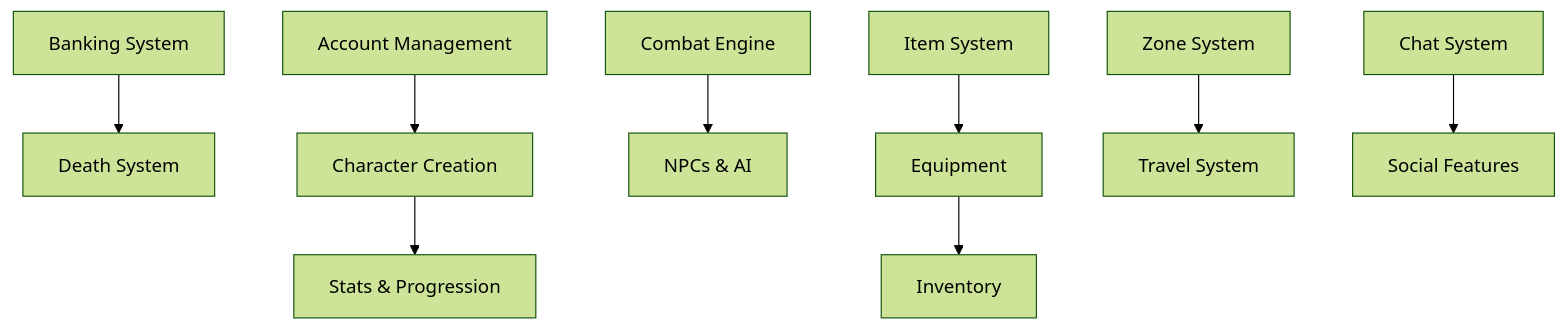
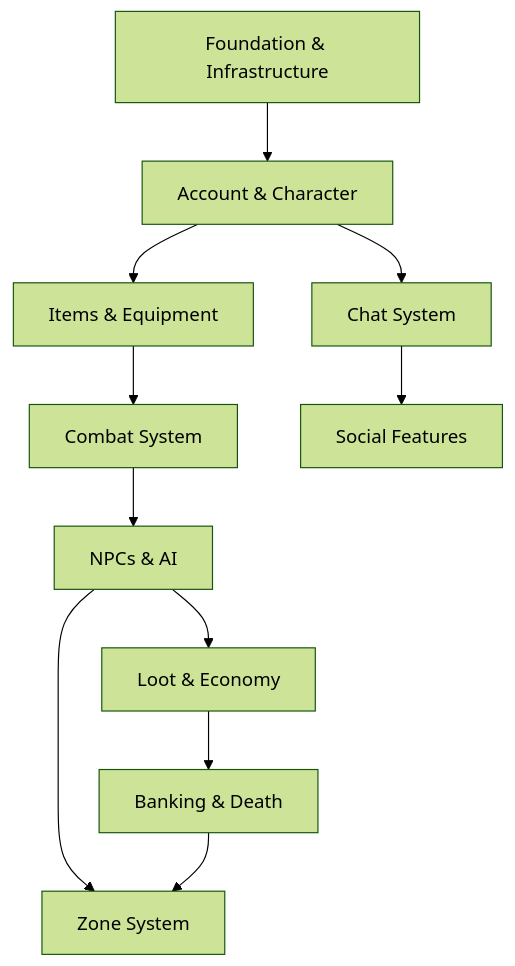
Before and after one commit to Aeturnia/Aeturnis-Project: the second of 2 diagrams in ROADMAP_VISUAL.md, drawn with Mermaid (forest theme). The commit also changed other lines of this file and 1 other file, not shown here.

First line of the commit message:
docs: Align roadmaps with Implementation Plan v5.0 dependency order

````diff
--- a/ROADMAP_VISUAL.md
+++ b/ROADMAP_VISUAL.md
@@ -165,11 +166,13 @@
 ```mermaid
 graph TD
-    A[Banking System] --> B[Death System]
-    C[Account Management] --> D[Character Creation]
-    D --> E[Stats & Progression]
-    F[Combat Engine] --> G[NPCs & AI]
-    H[Item System] --> I[Equipment]
-    I --> J[Inventory]
-    K[Zone System] --> L[Travel System]
-    M[Chat System] --> N[Social Features]
+    A[Foundation & Infrastructure] --> B[Account & Character]
+    B --> C[Items & Equipment]
+    C --> D[Combat System]
+    D --> E[NPCs & AI]
+    E --> F[Loot & Economy]
+    F --> G[Banking & Death]
+    E --> H[Zone System]
+    G --> H
+    B --> I[Chat System]
+    I --> J[Social Features]
 ```
````
